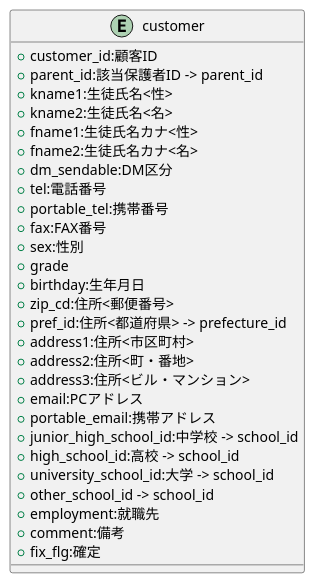
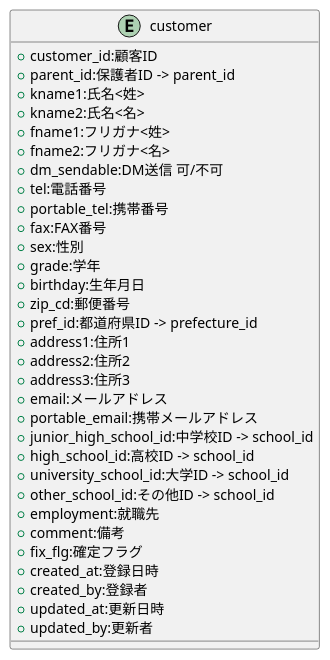
One commit to popoposorara/ERP_ER changed the diagram in Entity/customer.pu. Above: the diagram before and after it, drawn with PlantUML. The commit also changed 30 other files, not shown here.

```diff
--- a/Entity/customer.pu
+++ b/Entity/customer.pu
@@ -1,33 +1,37 @@
 @startuml
 
 entity "customer"{
     + customer_id:顧客ID
-    + parent_id:該当保護者ID -> parent_id
-    + kname1:生徒氏名<性>
-    + kname2:生徒氏名<名>
-    + fname1:生徒氏名カナ<性>
-    + fname2:生徒氏名カナ<名>
-    + dm_sendable:DM区分
+    + parent_id:保護者ID -> parent_id
+    + kname1:氏名<姓>
+    + kname2:氏名<名>
+    + fname1:フリガナ<姓>
+    + fname2:フリガナ<名>
+    + dm_sendable:DM送信 可/不可
     + tel:電話番号
     + portable_tel:携帯番号
     + fax:FAX番号
     + sex:性別
-    + grade
+    + grade:学年
     + birthday:生年月日
-    + zip_cd:住所<郵便番号>
-    + pref_id:住所<都道府県> -> prefecture_id
-    + address1:住所<市区町村>
-    + address2:住所<町・番地>
-    + address3:住所<ビル・マンション>
-    + email:PCアドレス
-    + portable_email:携帯アドレス
-    + junior_high_school_id:中学校 -> school_id
-    + high_school_id:高校 -> school_id
-    + university_school_id:大学 -> school_id
-    + other_school_id -> school_id
+    + zip_cd:郵便番号
+    + pref_id:都道府県ID -> prefecture_id
+    + address1:住所1
+    + address2:住所2
+    + address3:住所3
+    + email:メールアドレス
+    + portable_email:携帯メールアドレス
+    + junior_high_school_id:中学校ID -> school_id
+    + high_school_id:高校ID -> school_id
+    + university_school_id:大学ID -> school_id
+    + other_school_id:その他ID -> school_id
     + employment:就職先
     + comment:備考
-    + fix_flg:確定
+    + fix_flg:確定フラグ
+    + created_at:登録日時
+    + created_by:登録者
+    + updated_at:更新日時
+    + updated_by:更新者
 }
 
 @enduml
```
